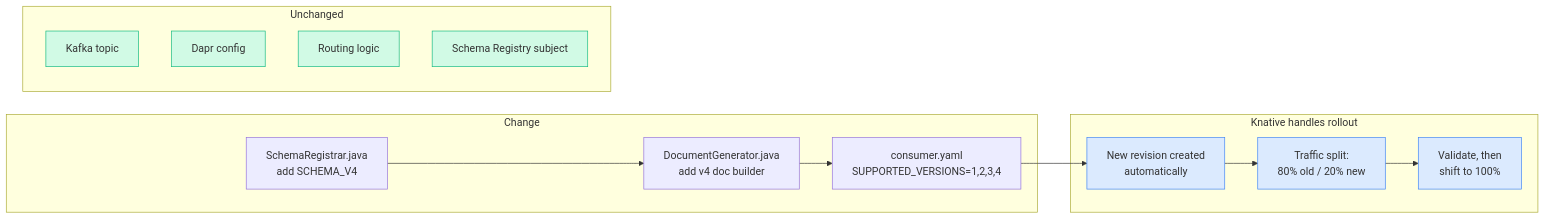
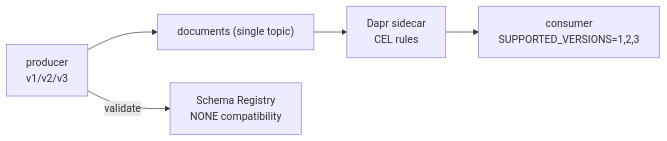
The third of 3 diagrams in README.md (righteouslabs/experiments-kubernetes), drawn with Mermaid before and after one commit. The commit also changed other lines of this file and 30 other files, not shown here.

````diff
--- a/README.md
+++ b/README.md
@@ -171,31 +193,12 @@
 ```mermaid
-graph LR
-    subgraph "Change"
-        A1["SchemaRegistrar.java<br/>add SCHEMA_V4"]
-        A2["DocumentGenerator.java<br/>add v4 doc builder"]
-        A3["consumer.yaml<br/>SUPPORTED_VERSIONS=1,2,3,4"]
-    end
+flowchart LR
+    P["producer<br/>v1/v2/v3"]
+    T["documents (single topic)"]
+    SR["Schema Registry<br/>NONE compatibility"]
+    D2["Dapr sidecar<br/>CEL rules"]
+    C["consumer<br/>SUPPORTED_VERSIONS=1,2,3"]
 
-    subgraph "Knative handles rollout"
-        B1["New revision created<br/>automatically"]
-        B2["Traffic split:<br/>80% old / 20% new"]
-        B3["Validate, then<br/>shift to 100%"]
-    end
-
-    subgraph "Unchanged"
-        C1["Kafka topic"]
-        C2["Dapr config"]
-        C3["Routing logic"]
-        C4["Schema Registry subject"]
-    end
-
-    A1 --> A2 --> A3 --> B1 --> B2 --> B3
-
-    style C1 fill:#d1fae5,stroke:#10b981
-    style C2 fill:#d1fae5,stroke:#10b981
-    style C3 fill:#d1fae5,stroke:#10b981
-    style C4 fill:#d1fae5,stroke:#10b981
-    style B1 fill:#dbeafe,stroke:#3b82f6
-    style B2 fill:#dbeafe,stroke:#3b82f6
-    style B3 fill:#dbeafe,stroke:#3b82f6
+    P -- "validate" --> SR
+    P --> T
+    T --> D2 --> C
 ```
````
